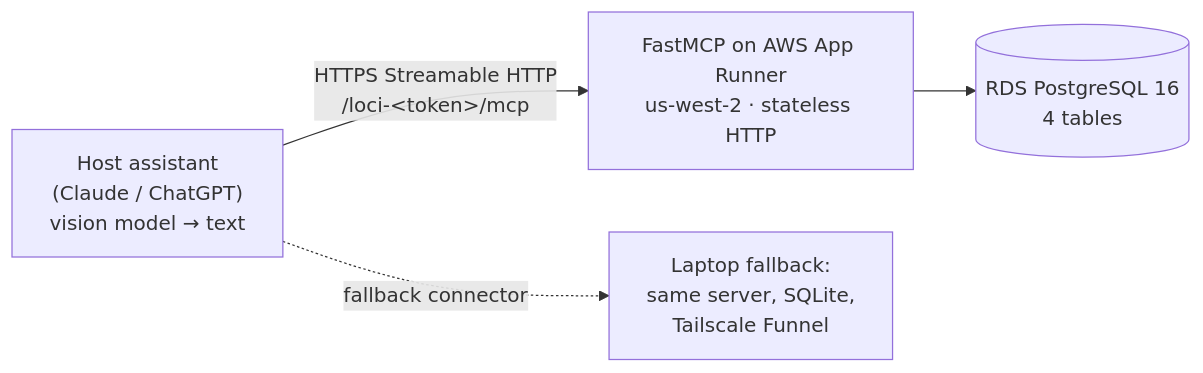
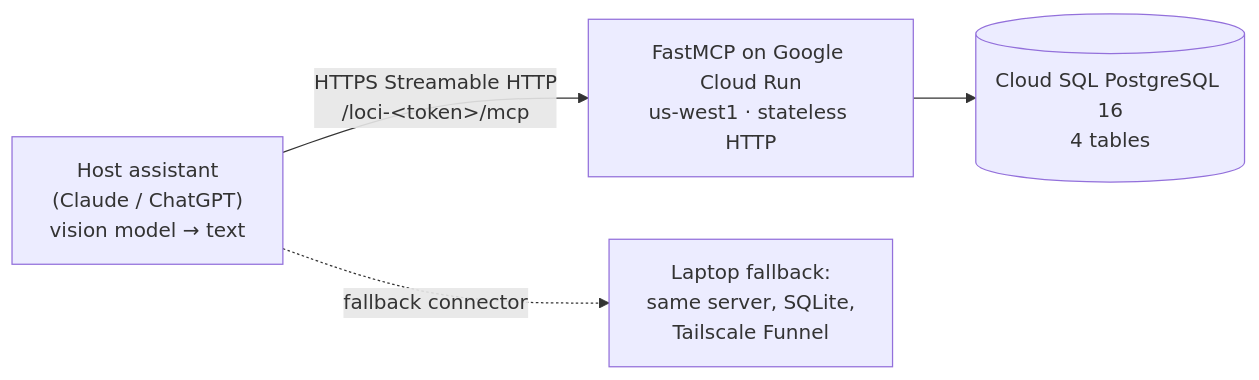
Before and after one commit to LincForge/0xl0c1: the diagram in README.md, drawn with Mermaid. The commit also changed other lines of this file and 1 other file, not shown here.

First line of the commit message:
docs: Google Cloud Run is the primary demo host; AWS App Runner stack demoted to fallback rung 2

````diff
--- a/README.md
+++ b/README.md
@@ -211,10 +212,10 @@
 ```mermaid
 flowchart LR
   A["Host assistant<br/>(Claude / ChatGPT)<br/>vision model → text"]
-  B["FastMCP on AWS App Runner<br/>us-west-2 · stateless HTTP"]
-  C[("RDS PostgreSQL 16<br/>4 tables")]
+  B["FastMCP on Google Cloud Run<br/>us-west1 · stateless HTTP"]
+  C[("Cloud SQL PostgreSQL 16<br/>4 tables")]
   D["Laptop fallback:<br/>same server, SQLite,<br/>Tailscale Funnel"]
   A -- "HTTPS Streamable HTTP<br/>/loci-&lt;token&gt;/mcp" --> B
   B --> C
   A -. "fallback connector" .-> D
 ```
````
